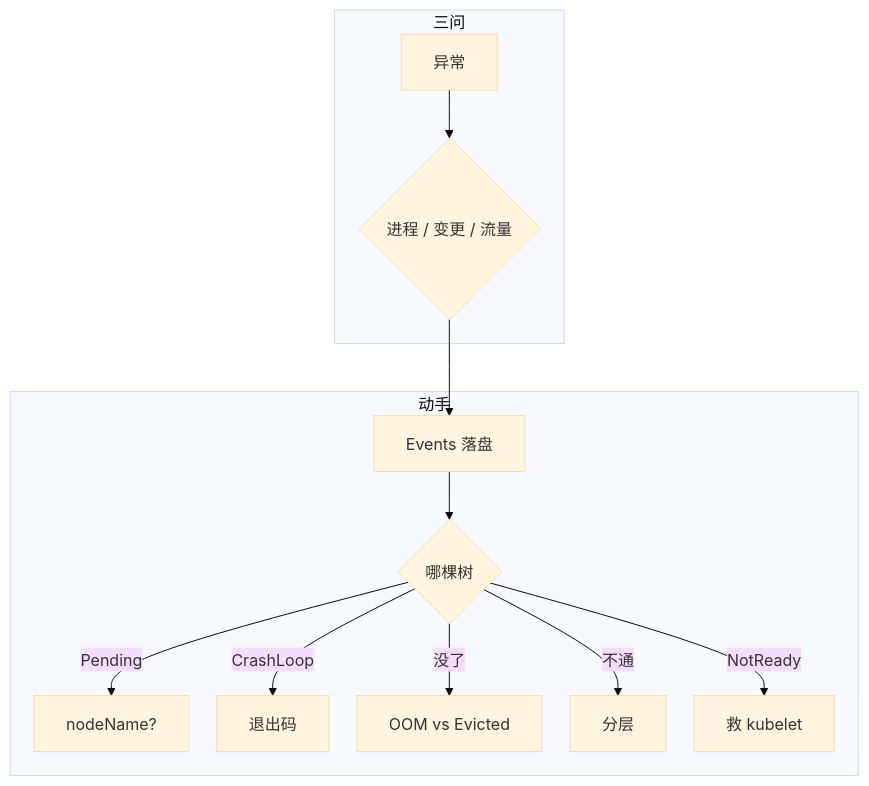
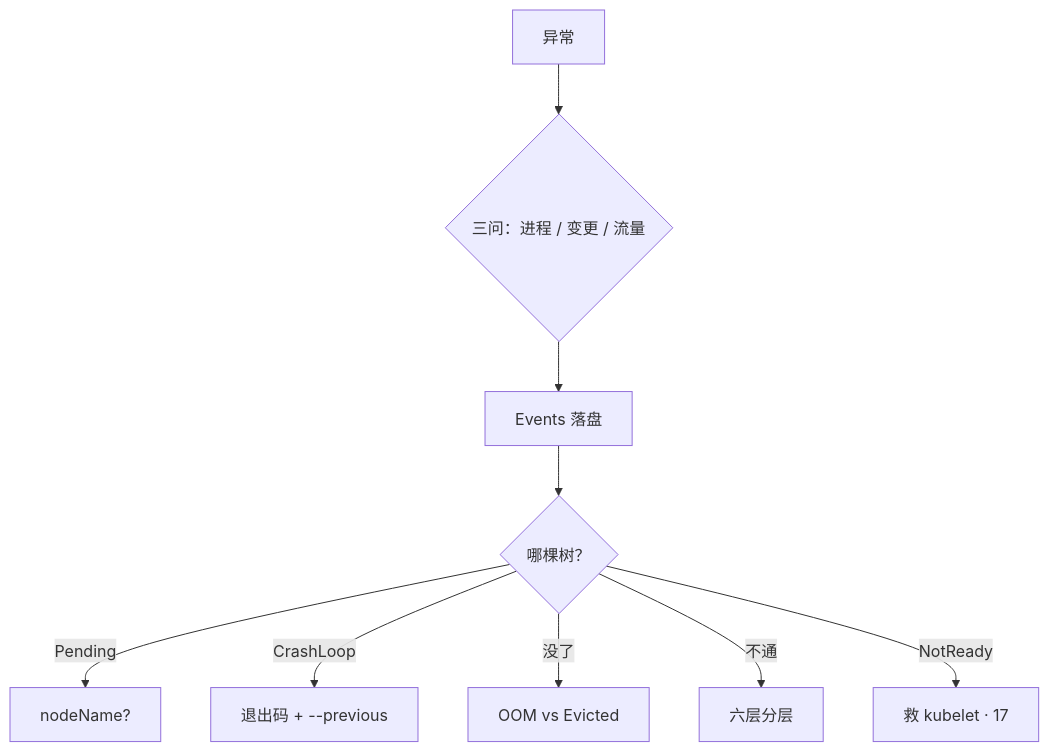
The third of 3 diagrams in 03-Kubernetes/18-典型故障剧本/知识点.md (ml-cuizijun/LearnToLilith), drawn with Mermaid before and after one commit. The commit also changed other lines of this file and 178 other files, not shown here.

````diff
--- a/03-Kubernetes/18-典型故障剧本/知识点.md
+++ b/03-Kubernetes/18-典型故障剧本/知识点.md
@@ -496,20 +426,11 @@
 ```mermaid
-%%{init: {"flowchart": {"padding": 16, "nodeSpacing": 28, "rankSpacing": 48}, "theme": "base"}}%%
 flowchart TB
-    subgraph gate ["三问"]
-        A[异常] --> Q{进程 / 变更 / 流量}
-    end
-
-    subgraph go ["动手"]
-        Q --> Ev[Events 落盘]
-        Ev --> T{哪棵树}
-        T -->|Pending| A1[nodeName?]
-        T -->|CrashLoop| B1[退出码]
-        T -->|没了| C1[OOM vs Evicted]
-        T -->|不通| E1[分层]
-        T -->|NotReady| N1[救 kubelet]
-    end
-
-    class Ev ok
-    class N1 bad
+    A["异常"] --> Q{"三问：进程 / 变更 / 流量"}
+    Q --> Ev["Events 落盘"]
+    Ev --> T{"哪棵树？"}
+    T -->|Pending| A1["nodeName?"]
+    T -->|CrashLoop| B1["退出码 + --previous"]
+    T -->|没了| C1["OOM vs Evicted"]
+    T -->|不通| E1["六层分层"]
+    T -->|NotReady| N1["救 kubelet · 17"]
 ```
````
